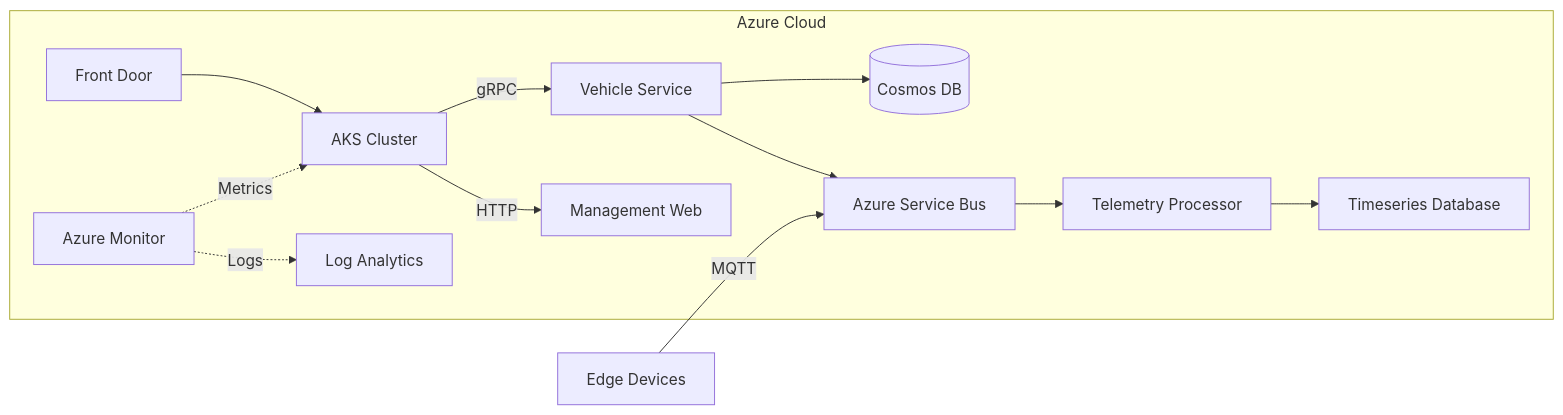
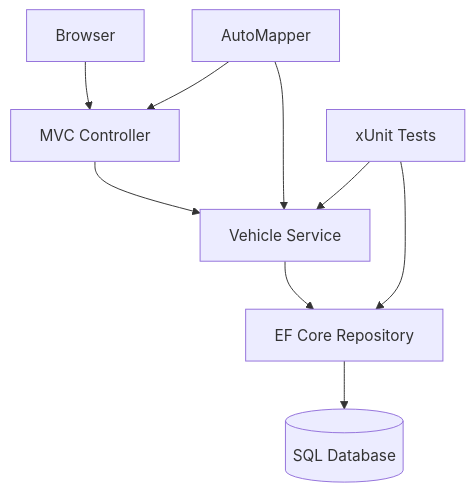
The diagram in README.md (1244Matt1244/vehicle_management_app), drawn with Mermaid before and after one commit. The commit also changed other lines of this file and 405 other files, not shown here.

````diff
--- a/README.md
+++ b/README.md
@@ -42,15 +66,11 @@
 ```mermaid
-graph LR
-    subgraph Azure Cloud
-        A[Front Door] --> B[AKS Cluster]
-        B -->|gRPC| C[Vehicle Service]
-        B -->|HTTP| D[Management Web]
-        C --> E[(Cosmos DB)]
-        C --> F[Azure Service Bus]
-        F --> G[Telemetry Processor]
-        G --> H[Timeseries Database]
-        I[Azure Monitor] -.->|Metrics| B
-        I -.->|Logs| J[Log Analytics]
-    end
-    K[Edge Devices] -->|MQTT| F
+graph TD
+    A[Browser] --> B[MVC Controller]
+    B --> C[Vehicle Service]
+    C --> D[EF Core Repository]
+    D --> E[(SQL Database)]
+    F[AutoMapper] --> B
+    F --> C
+    G[xUnit Tests] --> C
+    G --> D
 ```
````
